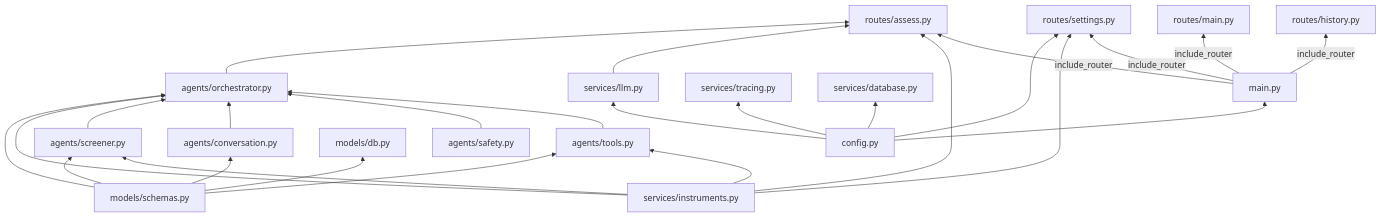
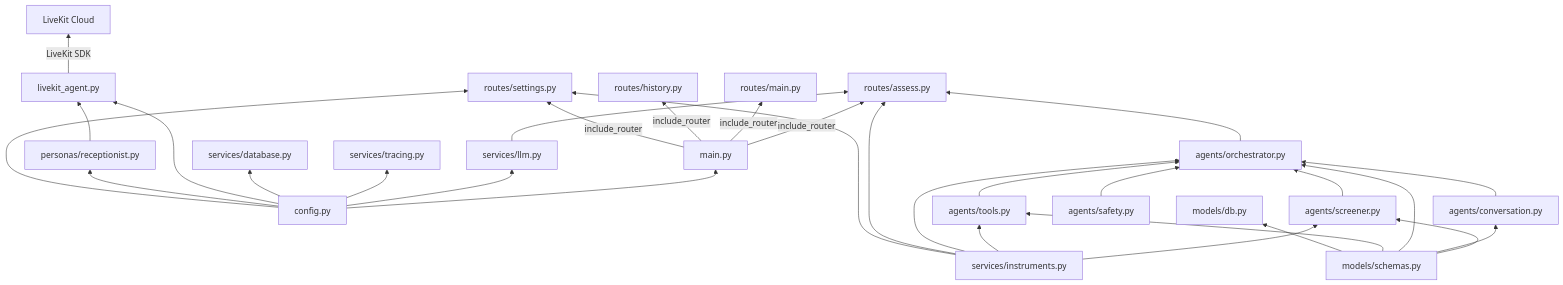
Diagram 13 of 16 in docs/architecture.md (bodharma/talker), drawn with Mermaid before and after one commit. The commit also changed other lines of this file and 26 other files, not shown here.

First line of the commit message:
feat: LiveKit voice personas, visitor tracking, and auth gating

````diff
--- a/docs/architecture.md
+++ b/docs/architecture.md
@@ -447,34 +594,39 @@
 ```mermaid
 graph BT
     CONFIG["config.py"] --> MAIN["main.py"]
     CONFIG --> LLM["services/llm.py"]
     CONFIG --> TRACE["services/tracing.py"]
     CONFIG --> DB_SVC["services/database.py"]
+    CONFIG --> LK["livekit_agent.py"]
+    CONFIG --> REC["personas/receptionist.py"]
 
     SCHEMAS["models/schemas.py"] --> SCREENER["agents/screener.py"]
     SCHEMAS --> CONV["agents/conversation.py"]
     SCHEMAS --> ORCH["agents/orchestrator.py"]
     SCHEMAS --> TOOLS["agents/tools.py"]
     SCHEMAS --> DB_MOD["models/db.py"]
 
     INSTR["services/instruments.py"] --> SCREENER
     INSTR --> TOOLS
     INSTR --> ORCH
 
     SCREENER --> ORCH
     CONV --> ORCH
     SAFETY["agents/safety.py"] --> ORCH
     TOOLS --> ORCH
 
     ORCH --> ASSESS_R["routes/assess.py"]
     LLM --> ASSESS_R
     INSTR --> ASSESS_R
 
     CONFIG --> SETTINGS_R["routes/settings.py"]
     INSTR --> SETTINGS_R
 
     MAIN --> |include_router| ASSESS_R
     MAIN --> |include_router| MAIN_R["routes/main.py"]
     MAIN --> |include_router| HIST_R["routes/history.py"]
     MAIN --> |include_router| SETTINGS_R
+
+    REC --> LK
+    LK --> |LiveKit SDK| LKCLOUD["LiveKit Cloud"]
 ```
````
